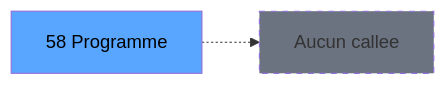
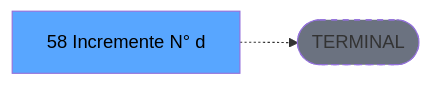
Before and after one commit to thonyAGP/lecteur-magic: the third of 3 diagrams in .openspec/specs/ADH-IDE-58.md, drawn with Mermaid. The commit also changed other lines of this file and 701 other files, not shown here.

````diff
--- a/.openspec/specs/ADH-IDE-58.md
+++ b/.openspec/specs/ADH-IDE-58.md
@@ -142,8 +134,8 @@
 ```mermaid
 graph LR
-    T[58 Programme]
-    NONE[Aucun callee]
-    T -.-> NONE
+    T[58 Incremente N° d]
+    TERM([TERMINAL])
+    T -.-> TERM
+    style TERM fill:#6b7280,stroke-dasharray: 5 5
     style T fill:#58a6ff,color:#000
-    style NONE fill:#6b7280,stroke-dasharray: 5 5
 ```
````
